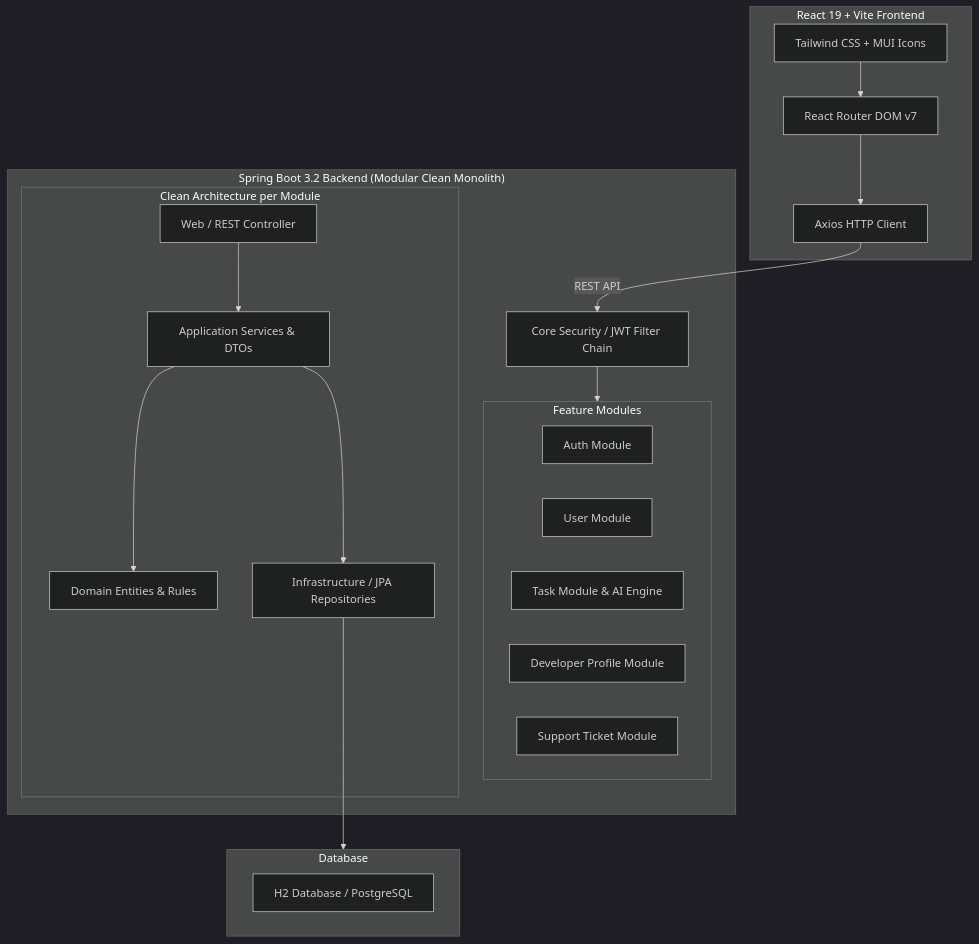
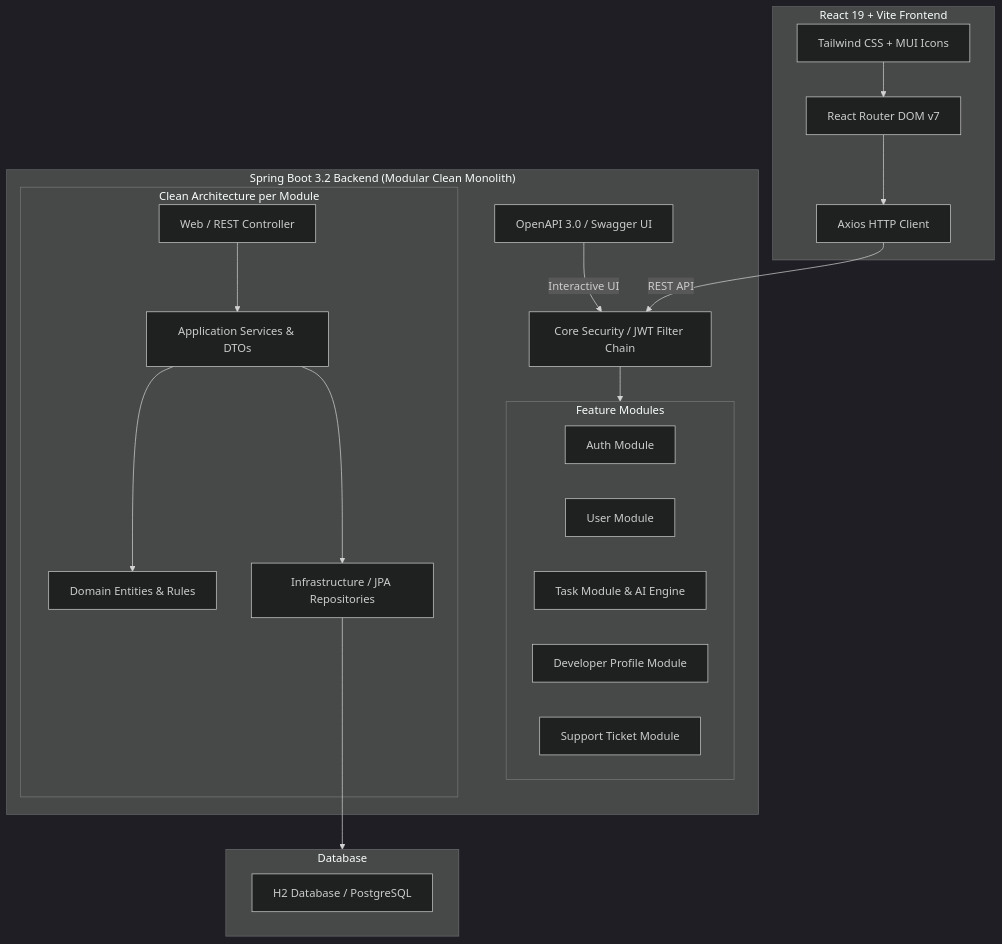
Before and after one commit to Sine-D/Nexora: the diagram in README.md, drawn with Mermaid (dark theme). The commit also changed other lines of this file and 87 other files, not shown here.

Commit message:
feat: initialize Spring Boot backend with security, OpenAPI documentation, and Postman collection

````diff
--- a/README.md
+++ b/README.md
@@ -64,37 +68,39 @@
 ```mermaid
 graph TD
     subgraph Frontend["React 19 + Vite Frontend"]
         UI["Tailwind CSS + MUI Icons"]
         RTR["React Router DOM v7"]
         AX["Axios HTTP Client"]
     end
 
     subgraph Backend["Spring Boot 3.2 Backend (Modular Clean Monolith)"]
         SEC["Core Security / JWT Filter Chain"]
+        SWG["OpenAPI 3.0 / Swagger UI"]
         
         subgraph Modules["Feature Modules"]
             AUTH["Auth Module"]
             USER["User Module"]
             TASK["Task Module & AI Engine"]
             DEV["Developer Profile Module"]
             TKT["Support Ticket Module"]
         end
 
         subgraph CleanLayers["Clean Architecture per Module"]
             WEB["Web / REST Controller"]
             APP["Application Services & DTOs"]
             DOM["Domain Entities & Rules"]
             INFRA["Infrastructure / JPA Repositories"]
         end
     end
 
     subgraph Database["Database"]
         H2["H2 Database / PostgreSQL"]
     end
 
     UI --> RTR --> AX
     AX -->|REST API| SEC
+    SWG -->|Interactive UI| SEC
     SEC --> Modules
     WEB --> APP --> DOM
     APP --> INFRA --> Database
 ```
````
